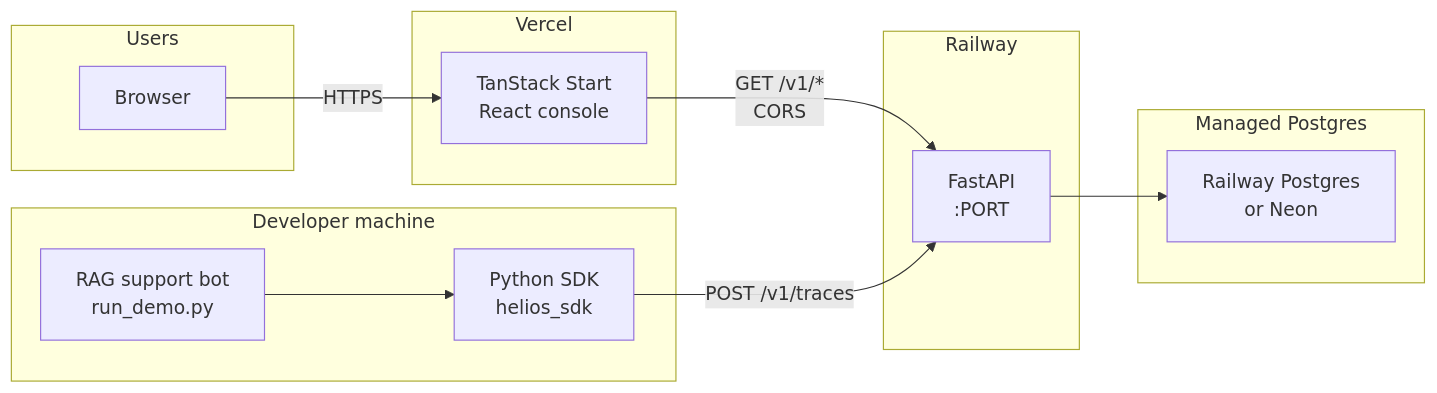
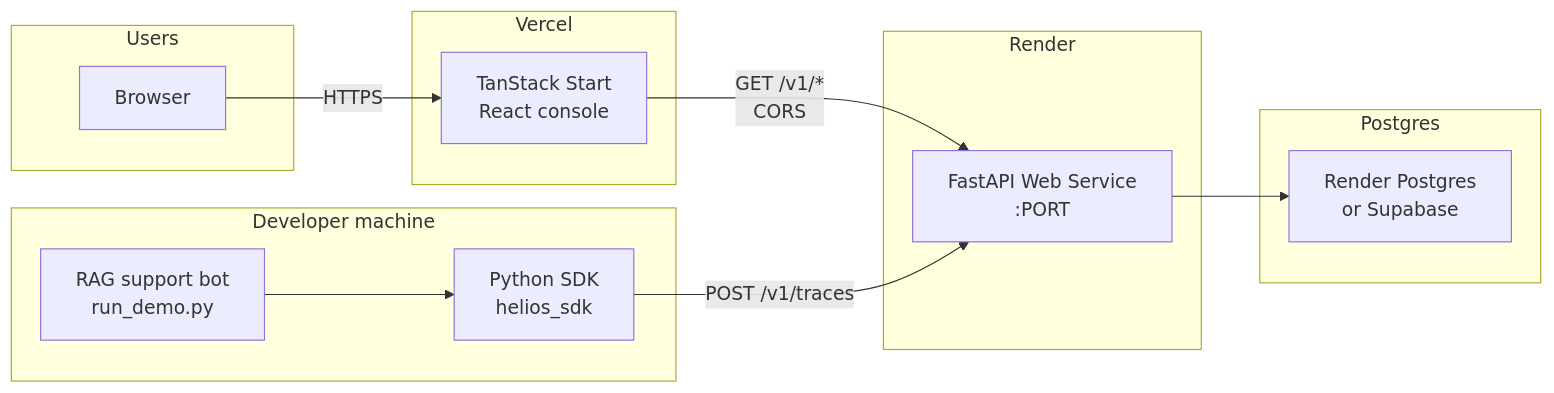
One commit to Roshan3580/Helios changed the diagram in diagrams/production-deployment.md. Above: the diagram before and after it, drawn with Mermaid. The commit also changed other lines of this file and 4 other files, not shown here.

Commit message:
docs: switch deployment path from Railway to Render + Vercel

````diff
--- a/diagrams/production-deployment.md
+++ b/diagrams/production-deployment.md
@@ -5,29 +5,29 @@
 ```mermaid
 flowchart LR
     subgraph Users["Users"]
         Browser["Browser"]
     end
 
     subgraph Vercel["Vercel"]
         FE["TanStack Start<br/>React console"]
     end
 
-    subgraph Railway["Railway"]
-        BE["FastAPI<br/>:PORT"]
+    subgraph Render["Render"]
+        BE["FastAPI Web Service<br/>:PORT"]
     end
 
-    subgraph DB["Managed Postgres"]
-        PG["Railway Postgres<br/>or Neon"]
+    subgraph DB["Postgres"]
+        PG["Render Postgres<br/>or Supabase"]
     end
 
     subgraph External["Developer machine"]
         Demo["RAG support bot<br/>run_demo.py"]
         SDK["Python SDK<br/>helios_sdk"]
     end
 
     Browser -->|"HTTPS"| FE
     FE -->|"GET /v1/*<br/>CORS"| BE
     BE --> PG
     Demo --> SDK
     SDK -->|"POST /v1/traces"| BE
 ```
````
